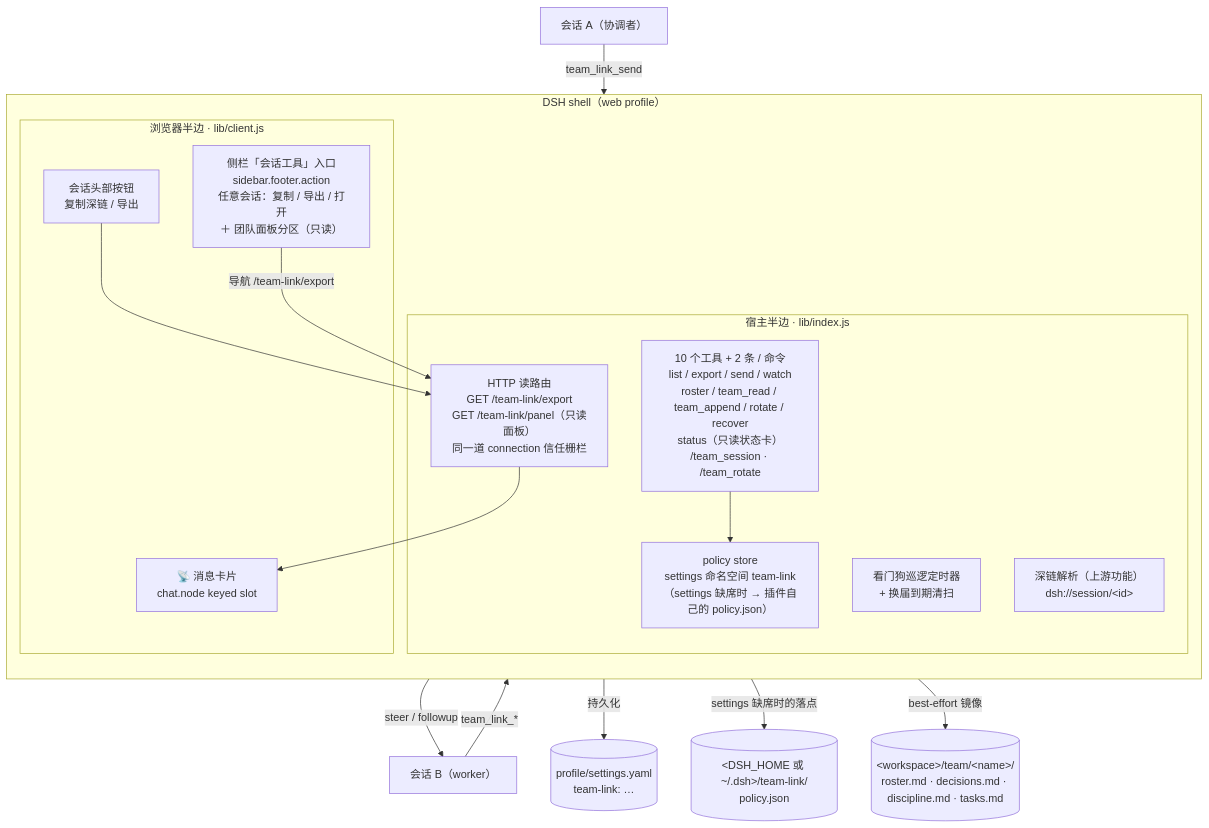
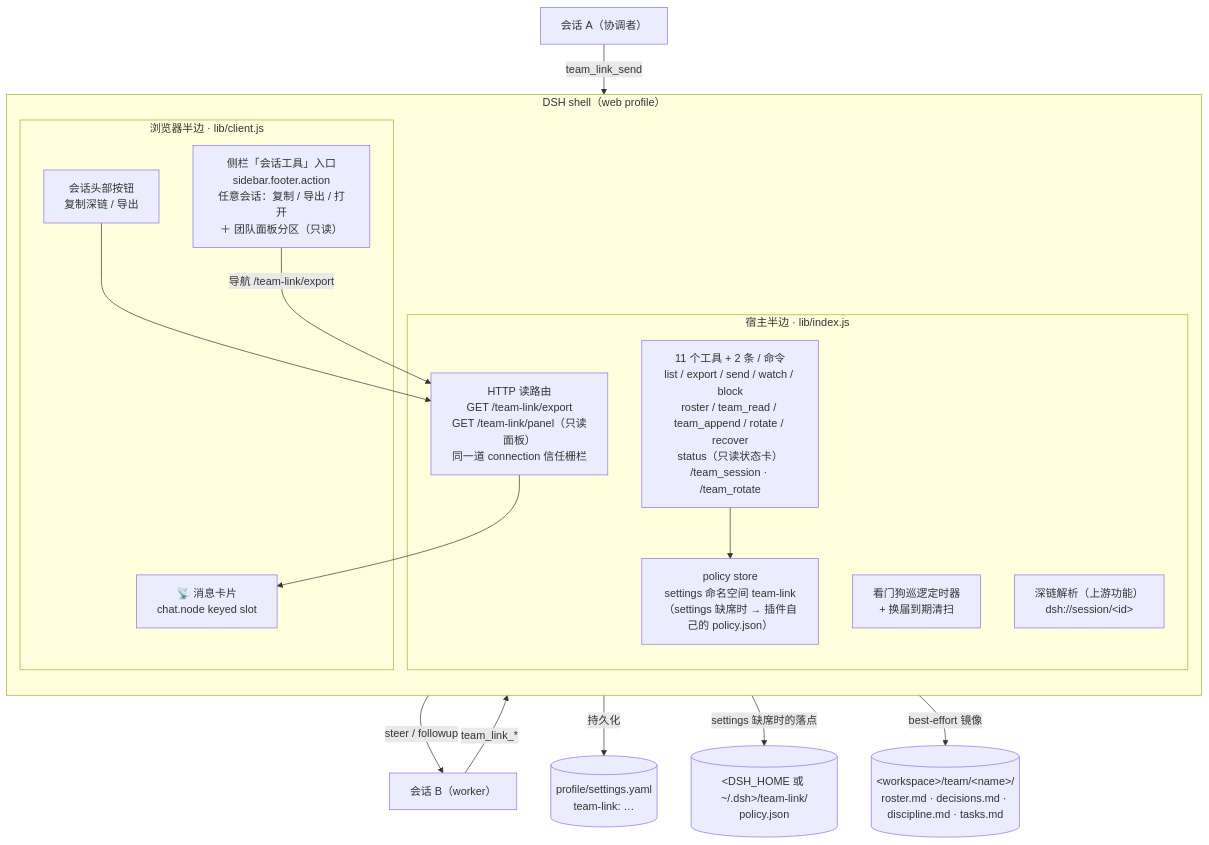
The first of 7 diagrams in README.md (shenhuanageshei/dsh-team-link), drawn with Mermaid before and after one commit. The commit also changed other lines of this file and 7 other files, not shown here.

````diff
--- a/README.md
+++ b/README.md
@@ -205,28 +206,28 @@
 ```mermaid
 flowchart TB
     subgraph Shell["DSH shell（web profile）"]
         direction TB
         subgraph Host["宿主半边 · lib/index.js"]
-            T["10 个工具 + 2 条 / 命令<br/>list / export / send / watch<br/>roster / team_read / team_append / rotate / recover<br/>status（只读状态卡）<br/>/team_session · /team_rotate"]
+            T["11 个工具 + 2 条 / 命令<br/>list / export / send / watch / block<br/>roster / team_read / team_append / rotate / recover<br/>status（只读状态卡）<br/>/team_session · /team_rotate"]
             R["HTTP 读路由<br/>GET /team-link/export<br/>GET /team-link/panel（只读面板）<br/>同一道 connection 信任栅栏"]
             W["看门狗巡逻定时器<br/>+ 换届到期清扫"]
             DL["深链解析（上游功能）<br/>dsh://session/&lt;id&gt;"]
             ST["policy store<br/>settings 命名空间 team-link<br/>（settings 缺席时 → 插件自己的 policy.json）"]
         end
         subgraph Client["浏览器半边 · lib/client.js"]
             CARD["📡 消息卡片<br/>chat.node keyed slot"]
             BTN["会话头部按钮<br/>复制深链 / 导出"]
             SLOT["侧栏「会话工具」入口<br/>sidebar.footer.action<br/>任意会话：复制 / 导出 / 打开<br/>＋ 团队面板分区（只读）"]
         end
     end
     S1["会话 A（协调者）"] -->|team_link_send| T
     S2["会话 B（worker）"] -->|team_link_*| T
     T -->|steer / followup| S2
     T --> ST
     ST -->|持久化| YAML[("profile/settings.yaml<br/>team-link: …")]
     ST -->|settings 缺席时的落点| PFILE[("&lt;DSH_HOME 或 ~/.dsh&gt;/team-link/<br/>policy.json")]
     T -->|best-effort 镜像| BB[("&lt;workspace&gt;/team/&lt;name&gt;/<br/>roster.md · decisions.md · discipline.md · tasks.md")]
     R --> CARD
     BTN --> R
     SLOT -->|导航 /team-link/export| R
 ```
````
